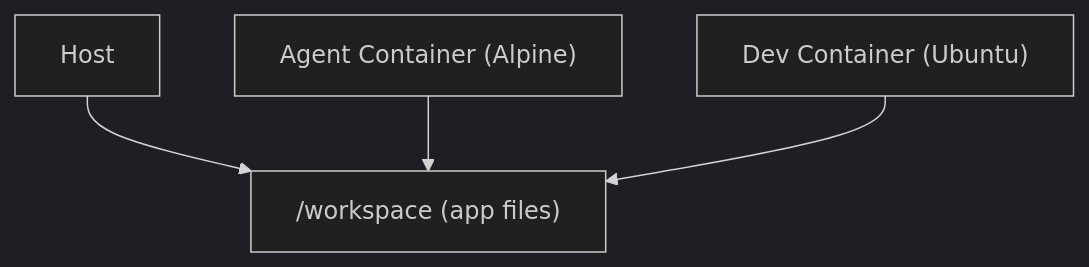
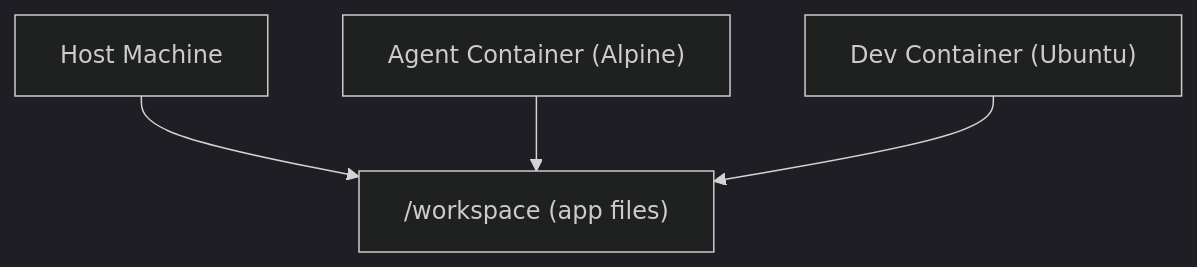
Before and after one commit to MixTapeSoftware/agent_incus: the diagram in README.md, drawn with Mermaid (dark theme).

Commit message:
host - machine
reinforce we are talking about the
actual machine

````diff
--- a/README.md
+++ b/README.md
@@ -103,7 +103,7 @@
 ```mermaid
 graph TB
     W["/workspace (app files)"]
-    H["Host"] --> W
+    H["Host Machine"] --> W
     A["Agent Container (Alpine)"] --> W
     D["Dev Container (Ubuntu)"] --> W
 ```
````
